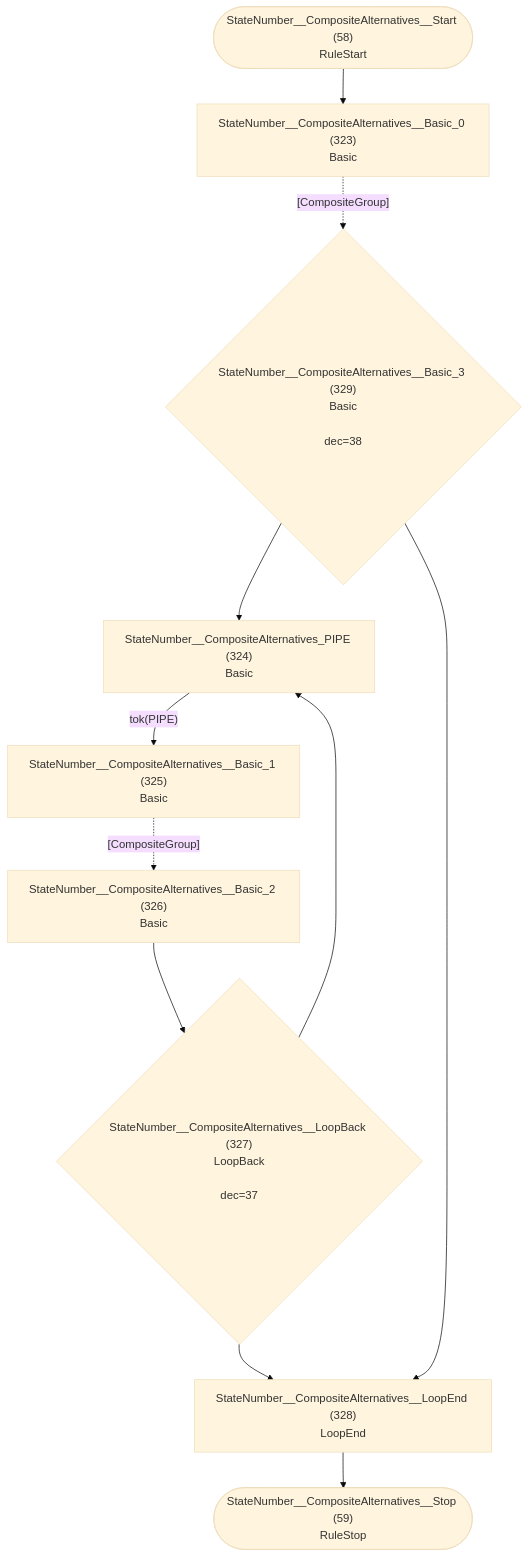
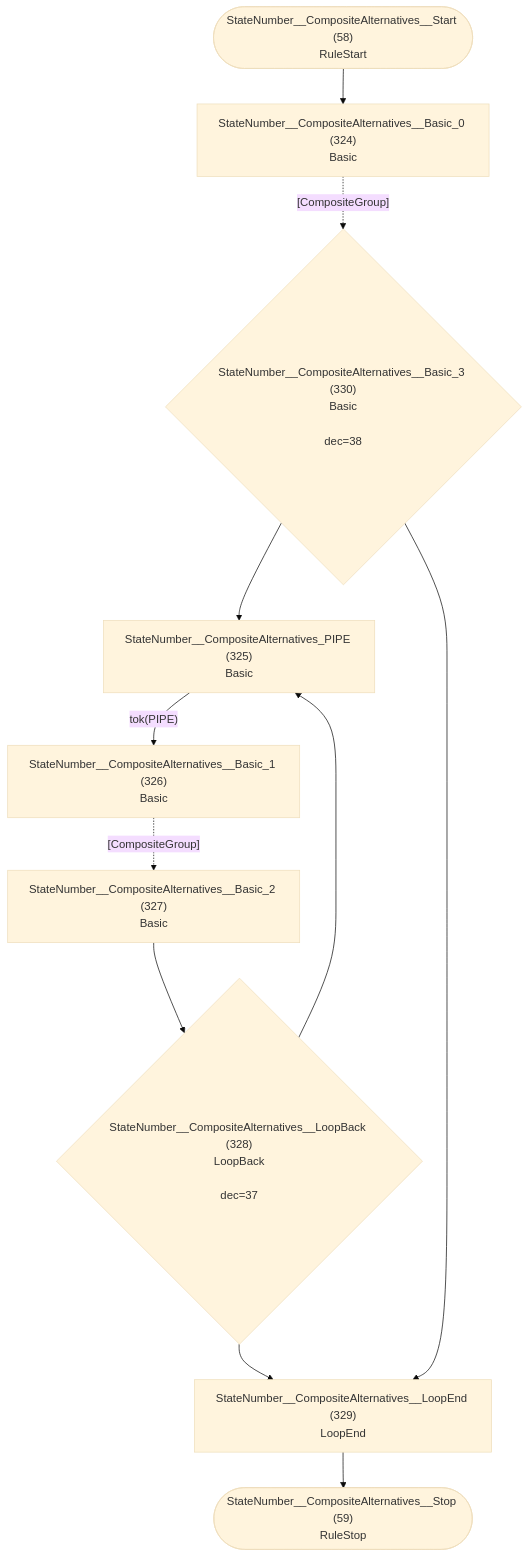
Diagram 30 of 32 in internal/grammar/atn.md (TypeFox/fastbelt), drawn with Mermaid (base theme) before and after one commit. The commit also changed other lines of this file and 6 other files, not shown here.

````diff
--- a/internal/grammar/atn.md
+++ b/internal/grammar/atn.md
@@ -864,23 +866,23 @@
 ```mermaid
 flowchart TD
     q58(["StateNumber__CompositeAlternatives__Start (58)<br/>RuleStart"])
     q59(["StateNumber__CompositeAlternatives__Stop (59)<br/>RuleStop"])
-    q323["StateNumber__CompositeAlternatives__Basic_0 (323)<br/>Basic<br/>"]
-    q324["StateNumber__CompositeAlternatives_PIPE (324)<br/>Basic<br/>"]
-    q325["StateNumber__CompositeAlternatives__Basic_1 (325)<br/>Basic<br/>"]
-    q326["StateNumber__CompositeAlternatives__Basic_2 (326)<br/>Basic<br/>"]
-    q327{"StateNumber__CompositeAlternatives__LoopBack (327)<br/>LoopBack<br/><br/>dec=37"}
-    q328["StateNumber__CompositeAlternatives__LoopEnd (328)<br/>LoopEnd<br/>"]
-    q329{"StateNumber__CompositeAlternatives__Basic_3 (329)<br/>Basic<br/><br/>dec=38"}
+    q324["StateNumber__CompositeAlternatives__Basic_0 (324)<br/>Basic<br/>"]
+    q325["StateNumber__CompositeAlternatives_PIPE (325)<br/>Basic<br/>"]
+    q326["StateNumber__CompositeAlternatives__Basic_1 (326)<br/>Basic<br/>"]
+    q327["StateNumber__CompositeAlternatives__Basic_2 (327)<br/>Basic<br/>"]
+    q328{"StateNumber__CompositeAlternatives__LoopBack (328)<br/>LoopBack<br/><br/>dec=37"}
+    q329["StateNumber__CompositeAlternatives__LoopEnd (329)<br/>LoopEnd<br/>"]
+    q330{"StateNumber__CompositeAlternatives__Basic_3 (330)<br/>Basic<br/><br/>dec=38"}
 
-    q58 --> q323
-    q323 -.->|"[CompositeGroup]"| q329
-    q324 -->|"tok(PIPE)"| q325
-    q325 -.->|"[CompositeGroup]"| q326
-    q326 --> q327
-    q327 --> q324
+    q58 --> q324
+    q324 -.->|"[CompositeGroup]"| q330
+    q325 -->|"tok(PIPE)"| q326
+    q326 -.->|"[CompositeGroup]"| q327
     q327 --> q328
-    q328 --> q59
-    q329 --> q324
-    q329 --> q328
+    q328 --> q325
+    q328 --> q329
+    q329 --> q59
+    q330 --> q325
+    q330 --> q329
 ```
````
